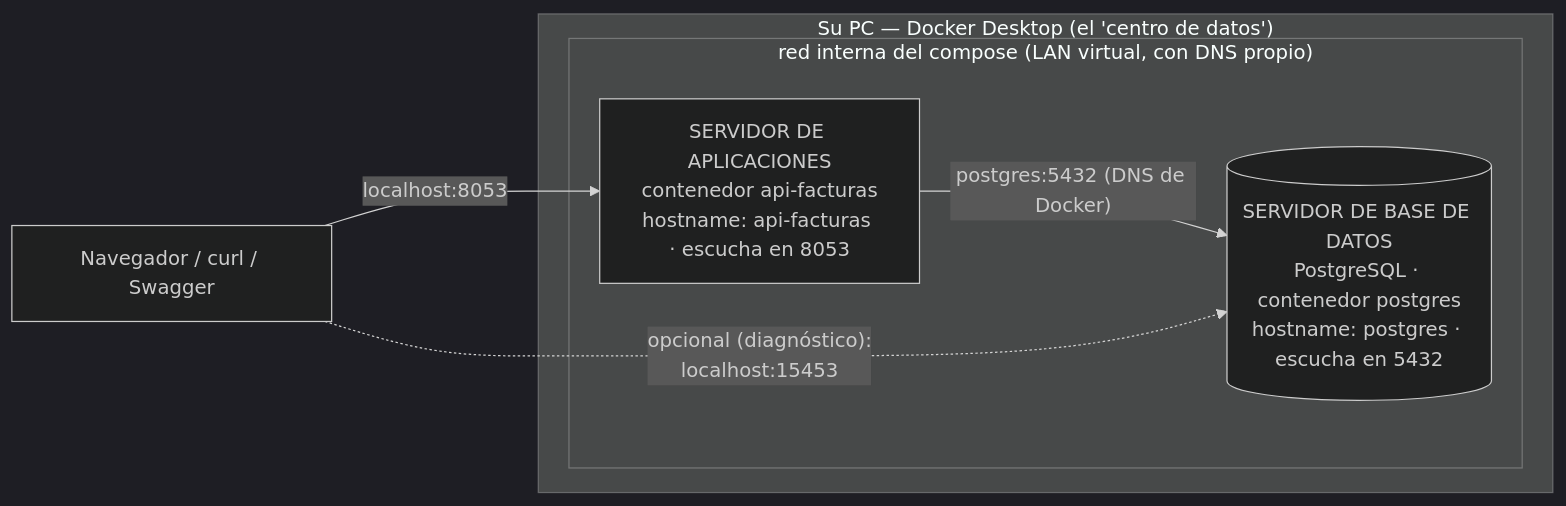
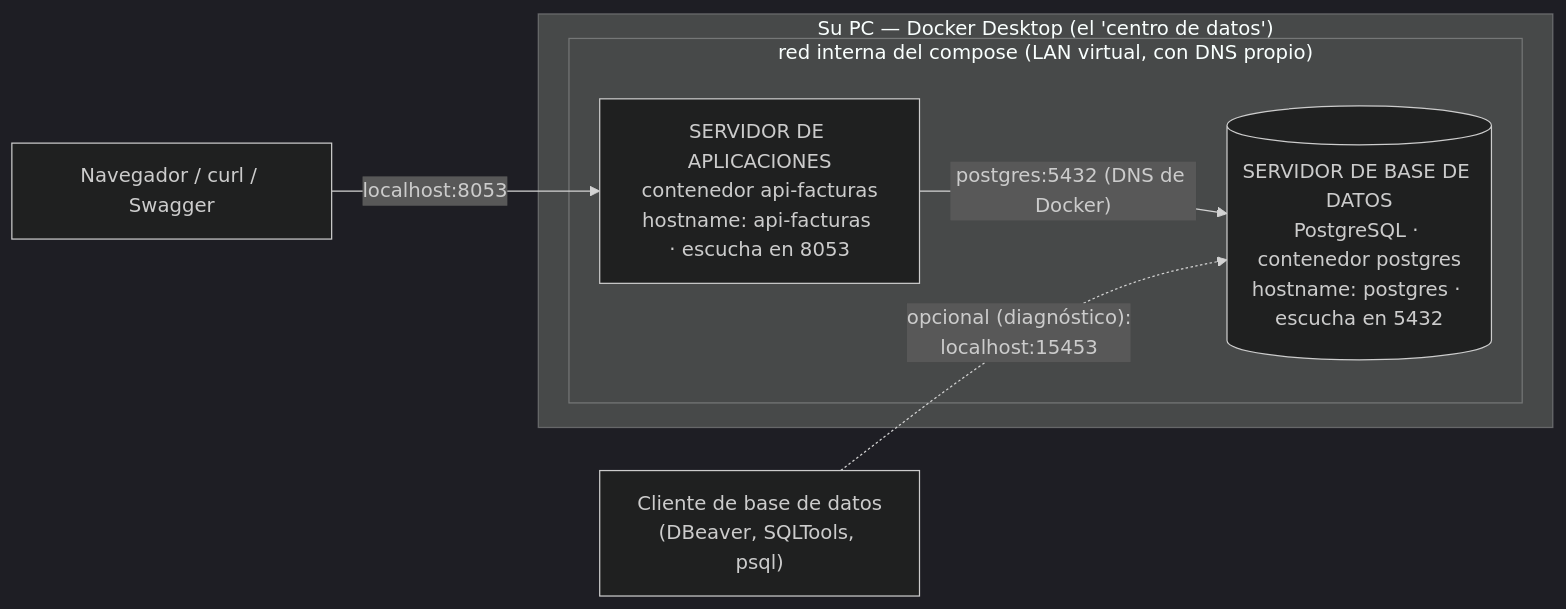
Before and after one commit to ccastro2050/proyecto_diseno_de_software2: the first of 2 diagrams in docs/CONCEPTOS_DOCKER.md, drawn with Mermaid (dark theme). The commit also changed other lines of this file, not shown here.

First line of the commit message:
docs(docker): el diagrama sale del docker-compose real, y ninguna flecha miente

````diff
--- a/docs/CONCEPTOS_DOCKER.md
+++ b/docs/CONCEPTOS_DOCKER.md
@@ -193,13 +193,14 @@
 ```mermaid
 flowchart LR
     NAV["Navegador / curl / Swagger"]
+    CLIENTE["Cliente de base de datos<br/>(DBeaver, SQLTools, psql)"]
     subgraph PC["Su PC — Docker Desktop (el 'centro de datos')"]
         subgraph RED["red interna del compose (LAN virtual, con DNS propio)"]
             APIFACTURAS["SERVIDOR DE APLICACIONES<br/>contenedor api-facturas<br/>hostname: api-facturas · escucha en 8053"]
             POSTGRES[("SERVIDOR DE BASE DE DATOS<br/>PostgreSQL · contenedor postgres<br/>hostname: postgres · escucha en 5432")]
         end
     end
     NAV -->|"localhost:8053"| APIFACTURAS
     APIFACTURAS -->|"postgres:5432 (DNS de Docker)"| POSTGRES
-    NAV -.->|"opcional (diagnóstico):<br/>localhost:15453"| POSTGRES
+    CLIENTE -.->|"opcional (diagnóstico):<br/>localhost:15453"| POSTGRES
 ```
````
